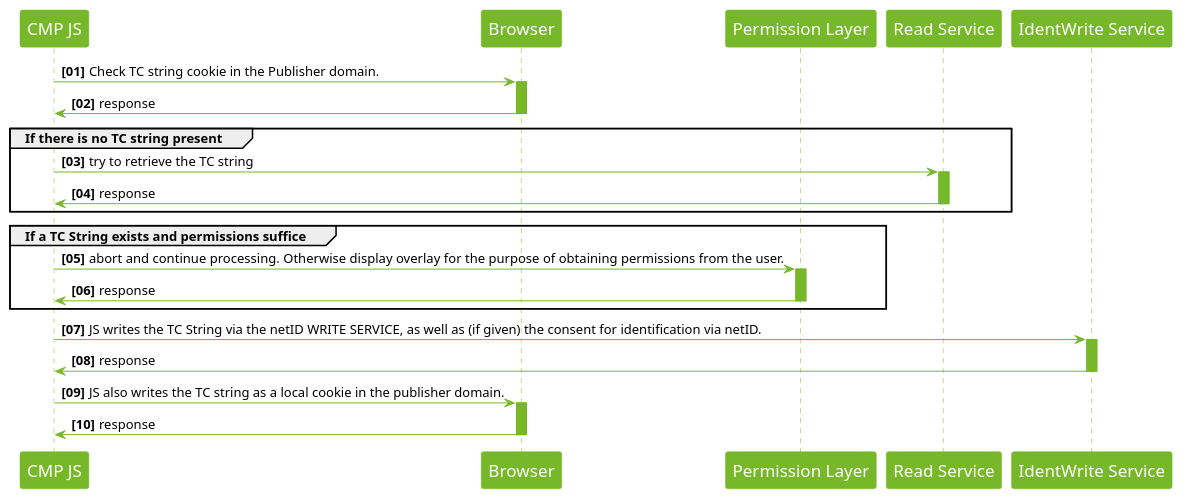
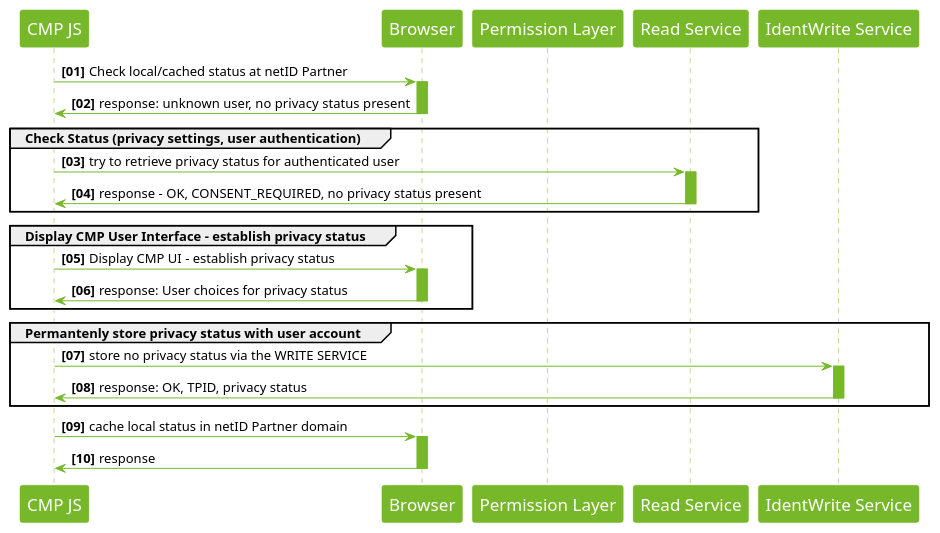
Before and after one commit to 1701/d: the diagram in docs/diagrams/src/seq_cmp_webapi.puml, drawn with PlantUML.

Commit message:
Update - alignement with text

```diff
--- a/docs/diagrams/src/seq_cmp_webapi.puml
+++ b/docs/diagrams/src/seq_cmp_webapi.puml
@@ -1,53 +1,55 @@
 @startuml
 
 skinparam sequence {
 	ArrowColor #76b82a
 	ActorBorderColor #76b82a
     ActorBackgroundColor #FFF
 	ActorFontColor #000
     ActorFontName Arial
 	ActorFontSize 17
 
 	LifeLineBorderColor #76b82a
 	LifeLineBackgroundColor #76b82a
 	
 	ParticipantBorderColor #76b82a
 	ParticipantBackgroundColor #76b82a
 	ParticipantFontName Arial
 	ParticipantFontSize 17
 	ParticipantFontColor #FFF
 
 }
 
 autonumber "<b>[00]"
 participant  "CMP JS" as cmp
 participant  "Browser" as br
 participant  "Permission Layer" as pl
 participant  "Read Service" as rs
 participant  "IdentWrite Service" as ws
 
-cmp -> br : Check TC string cookie in the Publisher domain.
+cmp -> br : Check local/cached status at netID Partner
 activate br
-br -> cmp : response
+br -> cmp : response: unknown user, no privacy status present
 deactivate br
-group If there is no TC string present
-    cmp -> rs : try to retrieve the TC string
+group Check Status (privacy settings, user authentication)
+    cmp -> rs : try to retrieve privacy status for authenticated user
     activate rs
-    rs -> cmp : response
+    rs -> cmp : response - OK, CONSENT_REQUIRED, no privacy status present
     deactivate rs
     end
-group If a TC String exists and permissions suffice
-    cmp -> pl : abort and continue processing. Otherwise display overlay for the purpose of obtaining permissions from the user.
-    activate pl
-    pl -> cmp : response
-    deactivate pl
+group Display CMP User Interface - establish privacy status 
+    cmp -> br : Display CMP UI - establish privacy status
+    activate br
+    br -> cmp : response: User choices for privacy status
+    deactivate br
     end
-cmp -> ws : JS writes the TC String via the netID WRITE SERVICE, as well as (if given) the consent for identification via netID.
+Group Permantenly store privacy status with user account
+cmp -> ws : store no privacy status via the WRITE SERVICE
 activate ws
-ws -> cmp : response
+ws -> cmp : response: OK, TPID, privacy status 
 deactivate ws
-cmp -> br : JS also writes the TC string as a local cookie in the publisher domain.
+end
+cmp -> br : cache local status in netID Partner domain
 activate br
 br -> cmp : response
 deactivate br
 @enduml
```
